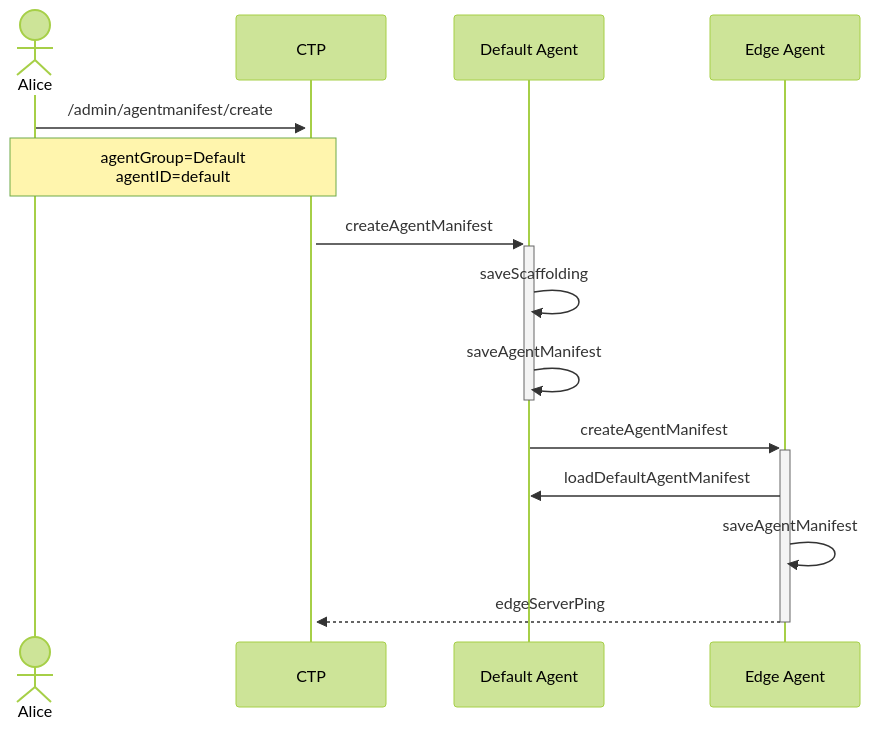
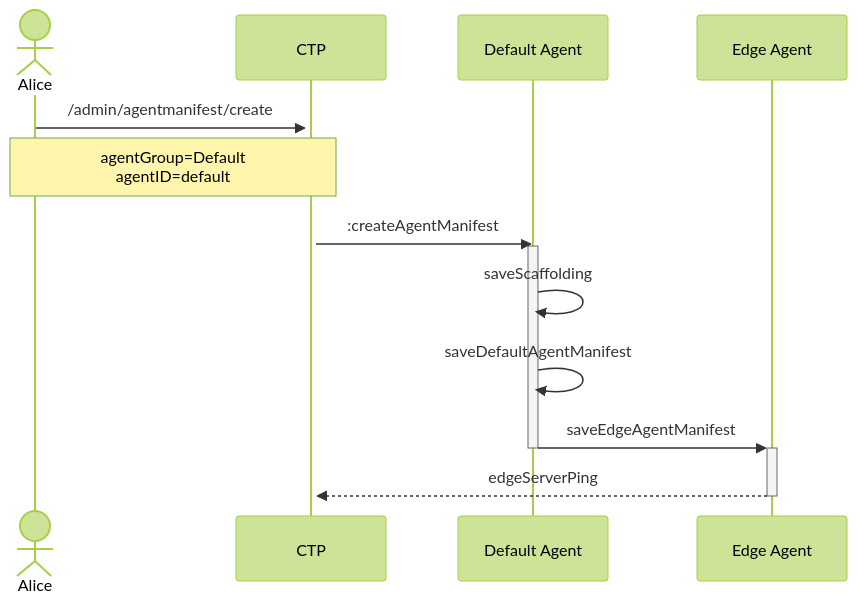
One commit to t-ibm/didymus changed the diagram in app/src/doc/templates/createDefaultEdge.mmd. Above: the diagram before and after it, drawn with Mermaid (forest theme). The commit also changed 2 other files, not shown here.

Commit message:
Fixing/updating all sequence diagrams

```diff
--- a/app/src/doc/templates/createDefaultEdge.mmd
+++ b/app/src/doc/templates/createDefaultEdge.mmd
@@ -1,14 +1,14 @@
 sequenceDiagram
     actor A as Alice
     participant C as CTP
     participant D as Default Agent
     participant E as Edge Agent
     A->>+C: /admin/agentmanifest/create
     Note over A,C: agentGroup=Default<br>agentID=default
-    C->>+D: createAgentManifest
+    C->>D: :createAgentManifest
+    activate D
     D->>D: saveScaffolding
-    D->>-D: saveAgentManifest
-    D->>+E: createAgentManifest
-    E->>D: loadDefaultAgentManifest
-    E->>E: saveAgentManifest
+    D->>D: saveDefaultAgentManifest
+    D->>+E: saveEdgeAgentManifest
+    deactivate D
     E-->>-C: edgeServerPing
```
